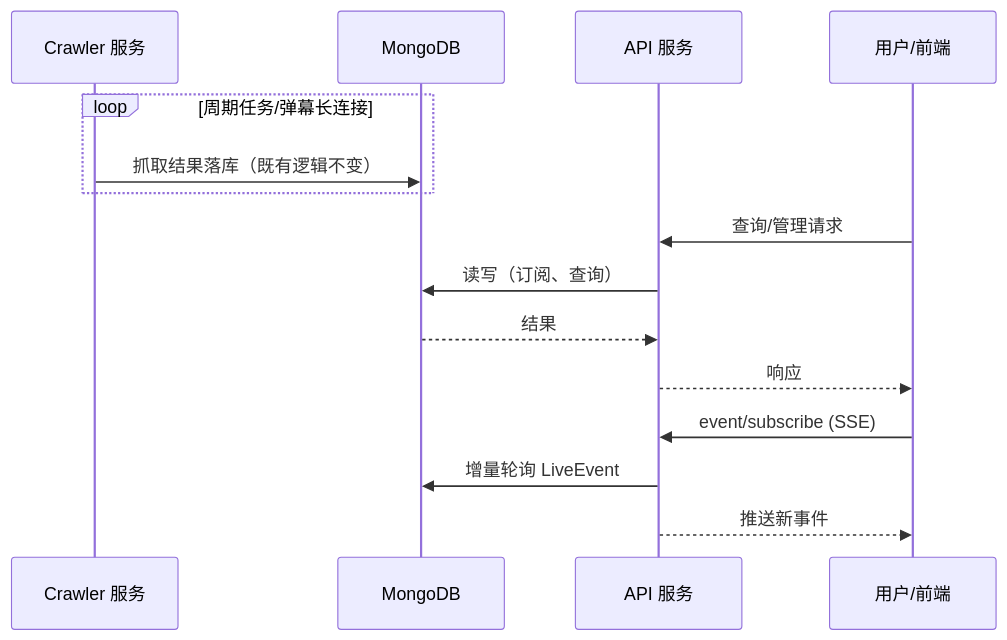
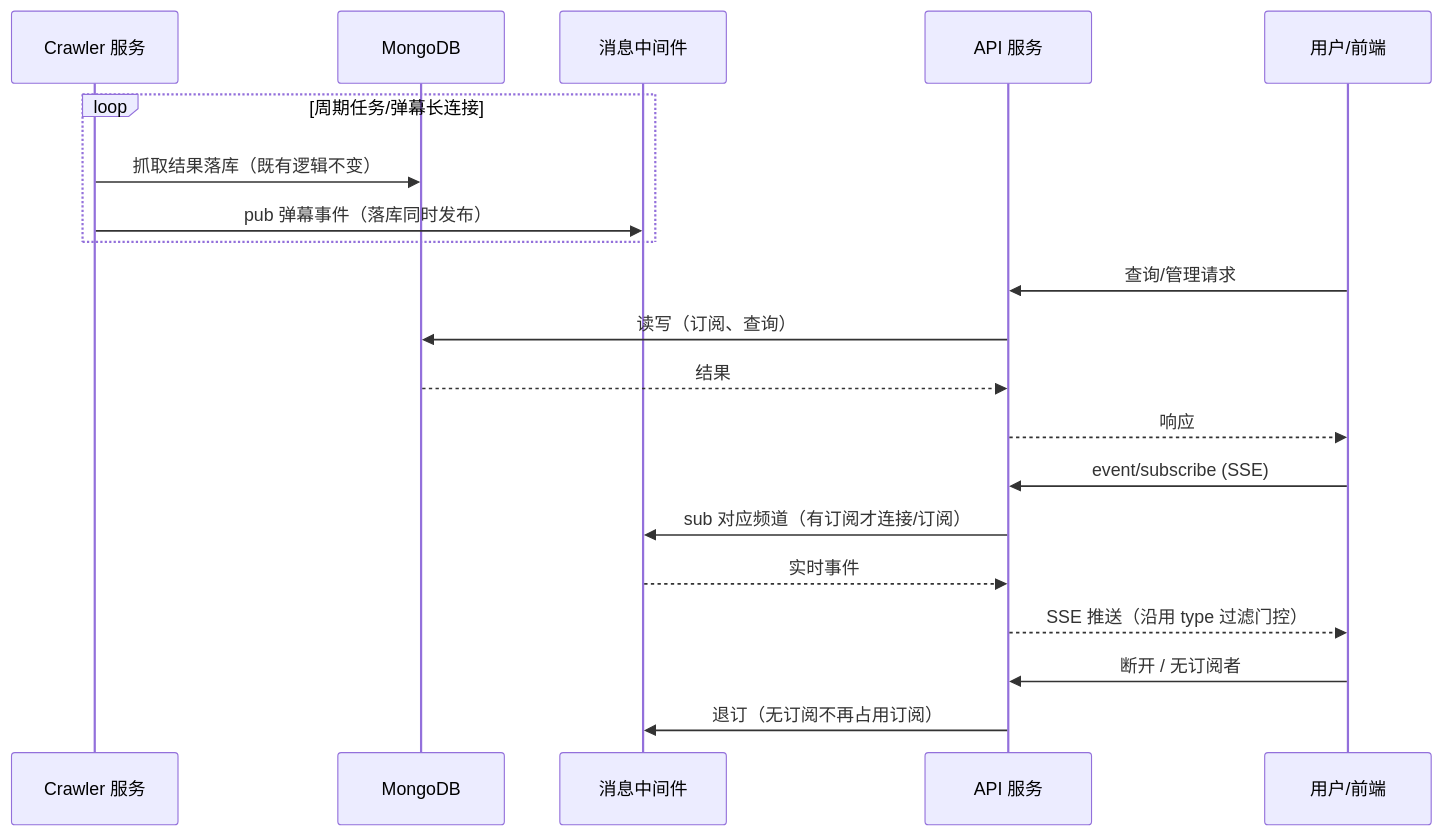
Before and after one commit to Deliay/z-vtuber: the third of 3 diagrams in docs/engineering/proposals/20260901-proposal-api-crawler-split.md, drawn with Mermaid. The commit also changed other lines of this file and 1 other file, not shown here.

Commit message:
docs: rework event channel to message broker pub/sub with selection pending review

````diff
--- a/docs/engineering/proposals/20260901-proposal-api-crawler-split.md
+++ b/docs/engineering/proposals/20260901-proposal-api-crawler-split.md
@@ -135,18 +141,23 @@
 ```mermaid
 sequenceDiagram
     participant C as Crawler 服务
     participant D as MongoDB
+    participant Q as 消息中间件
     participant A as API 服务
     participant U as 用户/前端
 
     loop 周期任务/弹幕长连接
         C->>D: 抓取结果落库（既有逻辑不变）
+        C->>Q: pub 弹幕事件（落库同时发布）
     end
     U->>A: 查询/管理请求
     A->>D: 读写（订阅、查询）
     D-->>A: 结果
     A-->>U: 响应
     U->>A: event/subscribe (SSE)
-    A->>D: 增量轮询 LiveEvent
-    A-->>U: 推送新事件
+    A->>Q: sub 对应频道（有订阅才连接/订阅）
+    Q-->>A: 实时事件
+    A-->>U: SSE 推送（沿用 type 过滤门控）
+    U->>A: 断开 / 无订阅者
+    A->>Q: 退订（无订阅不再占用订阅）
 ```
````
